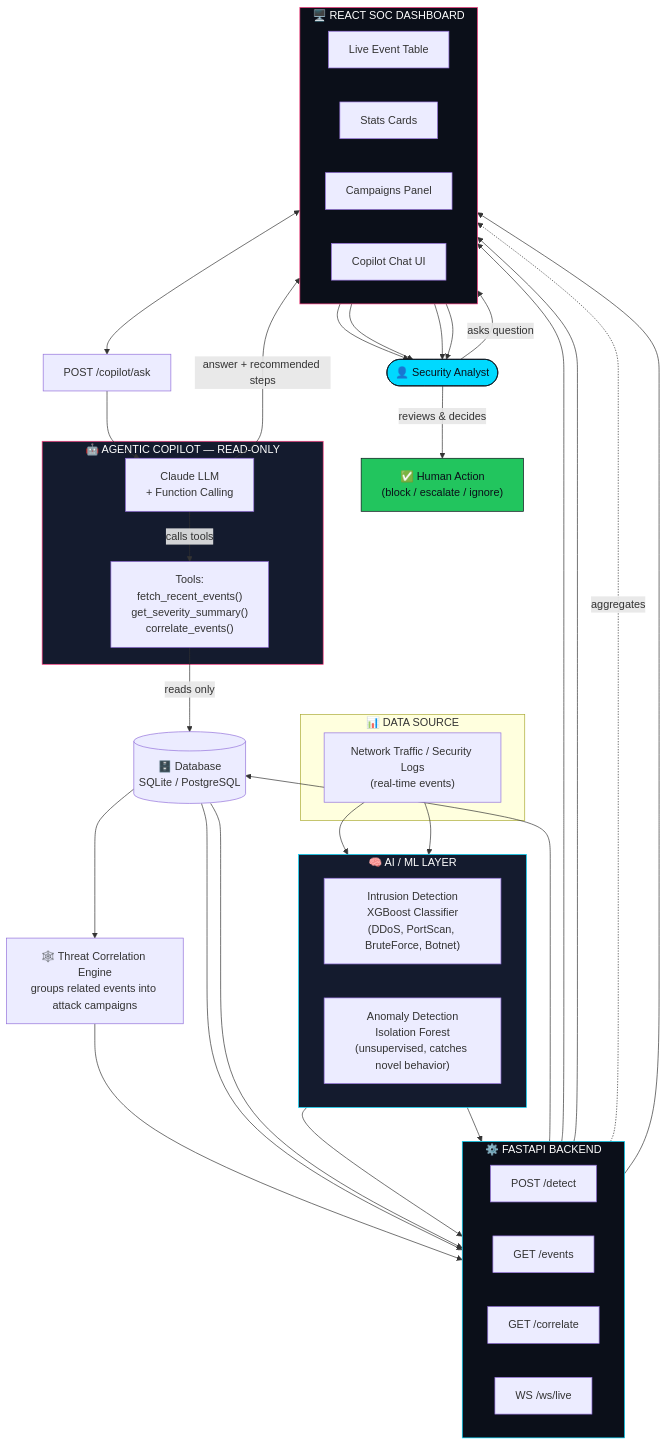
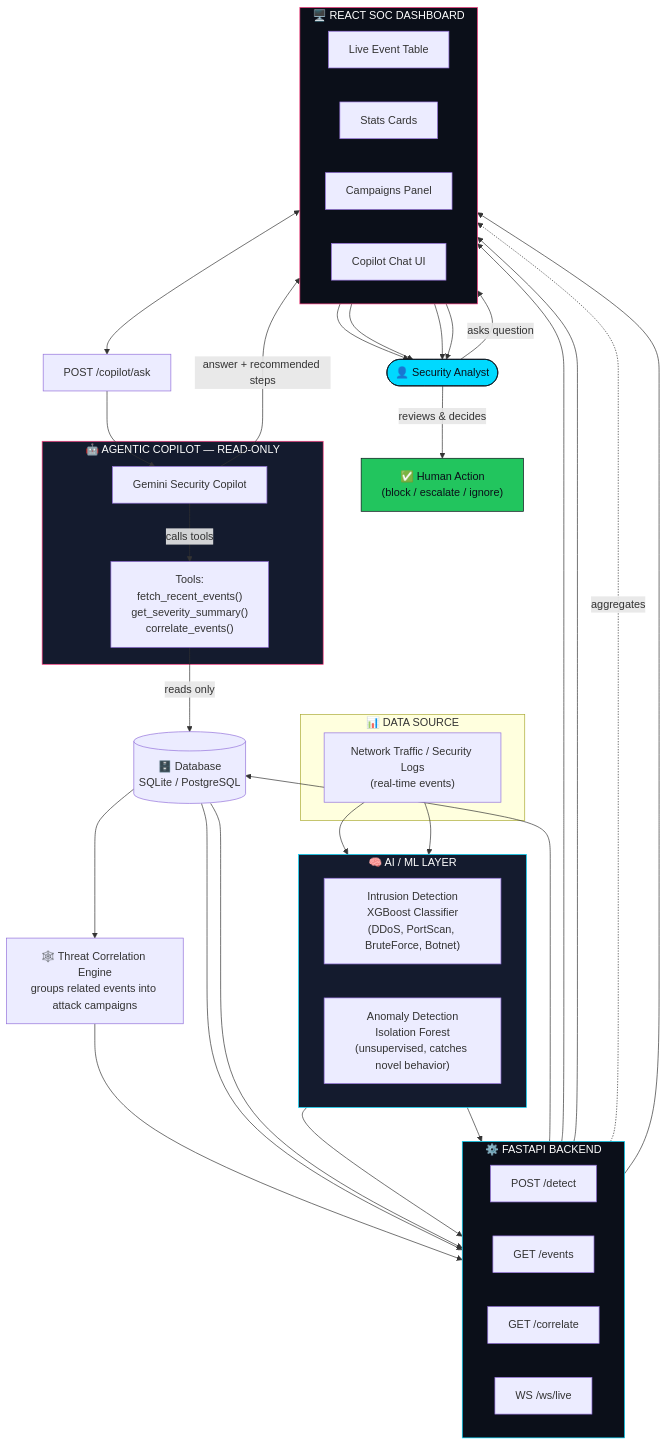
Before and after one commit to Sheerazp/ai-security-copilot: the diagram in docs/architecture_diagram.mermaid, drawn with Mermaid. The commit also changed other lines of this file and 2 other files, not shown here.

Commit message:
Clean up security copilot naming

```diff
--- a/docs/architecture_diagram.mermaid
+++ b/docs/architecture_diagram.mermaid
@@ -1,74 +1,74 @@
 flowchart TB
     subgraph DATA["📊 DATA SOURCE"]
         A["Network Traffic / Security Logs<br/>(real-time events)"]
     end
 
     subgraph ML["🧠 AI / ML LAYER"]
         direction LR
         B["Intrusion Detection<br/>XGBoost Classifier<br/>(DDoS, PortScan, BruteForce, Botnet)"]
         C["Anomaly Detection<br/>Isolation Forest<br/>(unsupervised, catches novel behavior)"]
     end
 
     D["🕸️ Threat Correlation Engine<br/>groups related events into attack campaigns"]
 
     subgraph BACKEND["⚙️ FASTAPI BACKEND"]
         direction LR
         E["POST /detect"]
         F["GET /events"]
         G["GET /correlate"]
         H["WS /ws/live"]
     end
 
     I[("🗄️ Database<br/>SQLite / PostgreSQL")]
 
     subgraph AGENT["🤖 AGENTIC COPILOT — READ-ONLY"]
-        J["Claude LLM<br/>+ Function Calling"]
+        J["Gemini Security Copilot"]
         K["Tools:<br/>fetch_recent_events()<br/>get_severity_summary()<br/>correlate_events()"]
     end
 
     L["POST /copilot/ask"]
 
     subgraph FRONTEND["🖥️ REACT SOC DASHBOARD"]
         direction LR
         M["Live Event Table"]
         N["Stats Cards"]
         O["Campaigns Panel"]
         P["Copilot Chat UI"]
     end
 
     Q(["👤 Security Analyst"])
 
     A --> B
     A --> C
     B --> E
     C --> E
     E --> I
     I --> D
     D --> G
     I --> F
     I --> H
 
     L --> J
     J -->|"calls tools"| K
     K -->|"reads only"| I
     J -->|"answer + recommended steps"| P
 
     F --> M
     H --> M
     E -.->|"aggregates"| N
     G --> O
     P <--> L
 
     M --> Q
     N --> Q
     O --> Q
     P --> Q
     Q -->|"asks question"| P
     Q -->|"reviews & decides"| R["✅ Human Action<br/>(block / escalate / ignore)"]
 
     style AGENT fill:#141b2e,stroke:#ff3d81,color:#fff
     style ML fill:#141b2e,stroke:#00d9ff,color:#fff
     style BACKEND fill:#0b0f19,stroke:#00d9ff,color:#fff
     style FRONTEND fill:#0b0f19,stroke:#ff3d81,color:#fff
     style R fill:#22c55e,stroke:#0b0f19,color:#0b0f19
     style Q fill:#00d9ff,stroke:#0b0f19,color:#0b0f19
```
